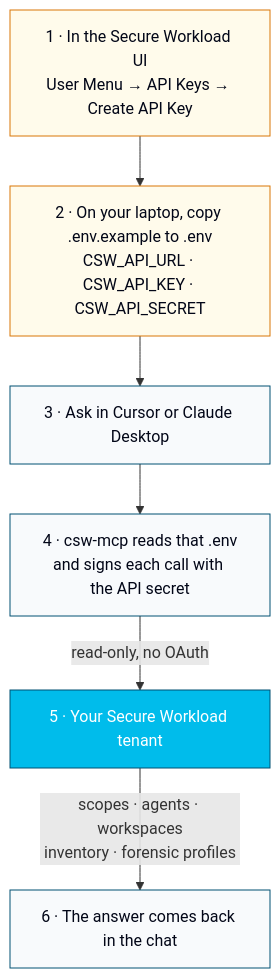
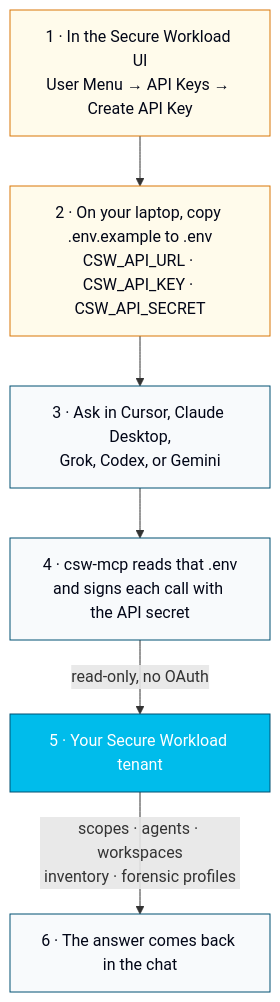
The diagram in README.md (chandrapati/csw-mcp), drawn with Mermaid before and after one commit. The commit also changed other lines of this file and 3 other files, not shown here.

Commit message:
Name Grok, Codex, and Gemini alongside Cursor and Claude Desktop.

````diff
--- a/README.md
+++ b/README.md
@@ -28,20 +28,20 @@
 ```mermaid
 flowchart TB
     ui["1 · In the Secure Workload UI<br/>User Menu → API Keys → Create API Key"]
     env["2 · On your laptop, copy .env.example to .env<br/>CSW_API_URL · CSW_API_KEY · CSW_API_SECRET"]
-    ask["3 · Ask in Cursor or Claude Desktop"]
+    ask["3 · Ask in Cursor, Claude Desktop,<br/>Grok, Codex, or Gemini"]
     local["4 · csw-mcp reads that .env<br/>and signs each call with the API secret"]
     tenant["5 · Your Secure Workload tenant"]
     reply["6 · The answer comes back in the chat"]
 
     ui --> env --> ask --> local
     local -->|"read-only, no OAuth"| tenant
     tenant -->|"scopes · agents · workspaces<br/>inventory · forensic profiles"| reply
 
     classDef step fill:#F8FAFC,stroke:#005073,color:#020617;
     classDef cred fill:#FFFBEB,stroke:#d97706,color:#020617;
     classDef cisco fill:#00bceb,stroke:#005073,color:#ffffff;
     class ask,local,reply step;
     class ui,env cred;
     class tenant cisco;
 ```
````
